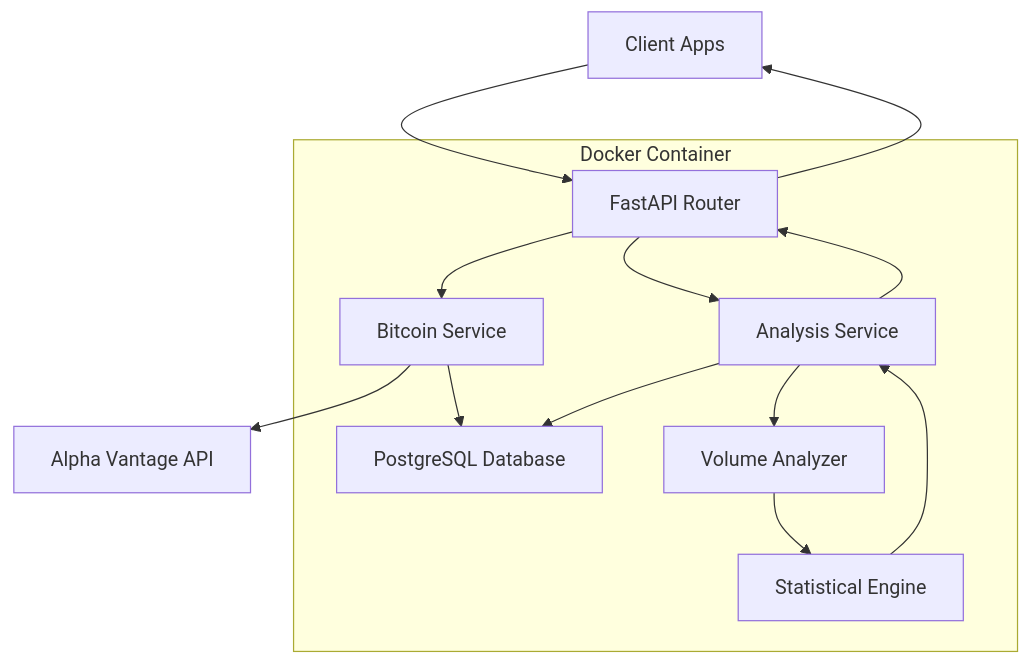
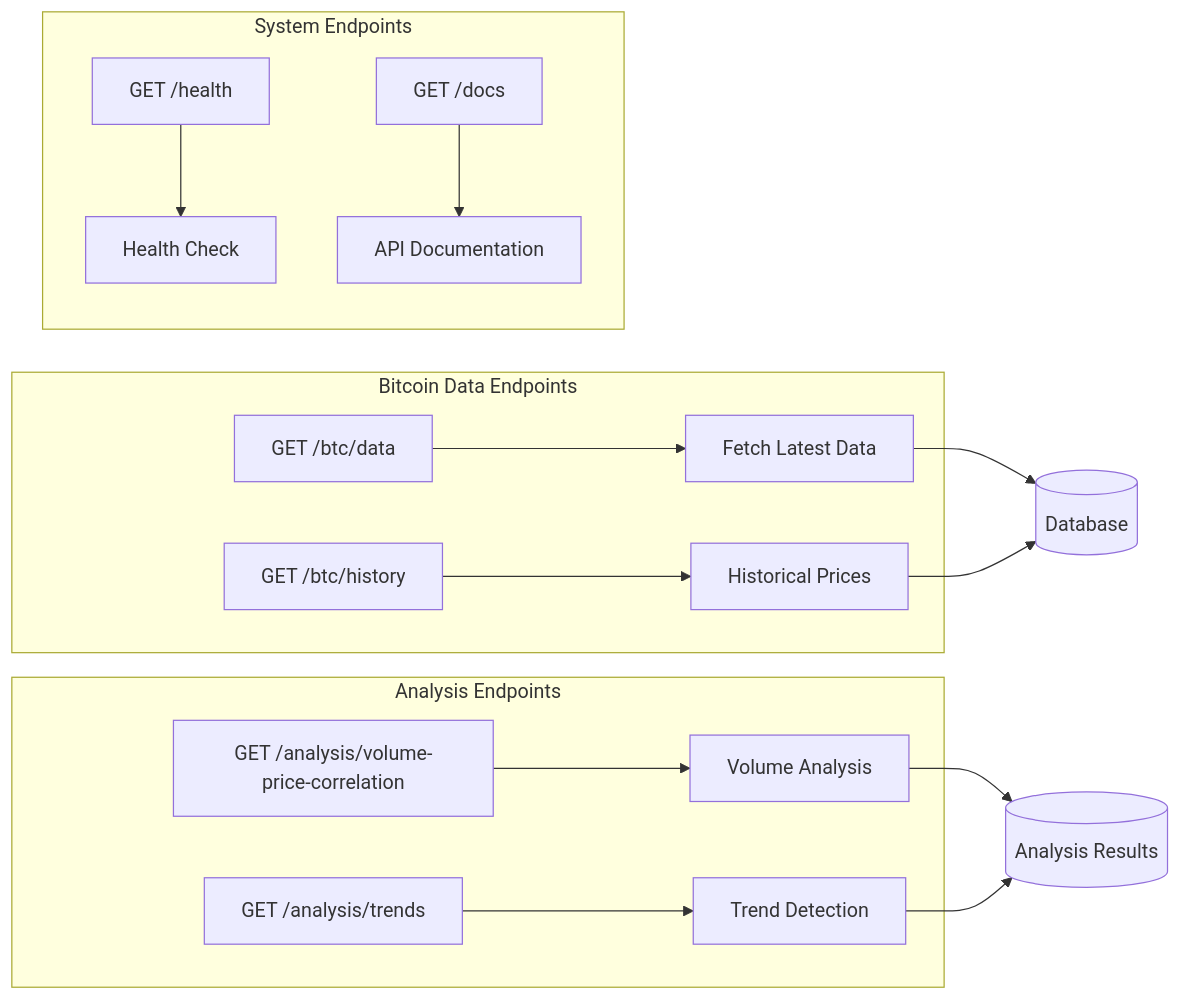
One commit to utkuyucel/quant-api changed the fifth of 5 diagrams in README.md. Above: the diagram before and after it, drawn with Mermaid. The commit also changed other lines of this file, not shown here.

````diff
--- a/README.md
+++ b/README.md
@@ -14,23 +209,22 @@
 ```mermaid
-graph TD
-    A[Client Apps] --> B[FastAPI Router]
-    B --> C[Bitcoin Service]
-    B --> D[Analysis Service]
-    C --> E[Alpha Vantage API]
-    C --> F[PostgreSQL Database]
-    D --> F
-    D --> G[Volume Analyzer]
-    G --> H[Statistical Engine]
-    H --> D
-    D --> B
-    B --> A
+graph LR
+    subgraph "Bitcoin Data Endpoints"
+        A[GET /btc/data] --> A1[Fetch Latest Data]
+        B[GET /btc/history] --> B1[Historical Prices]
+    end
     
-    subgraph Docker [Docker Container]
-        B
-        C
-        D
-        G
-        H
-        F
+    subgraph "Analysis Endpoints"
+        C[GET /analysis/volume-price-correlation] --> C1[Volume Analysis]
+        D[GET /analysis/trends] --> D1[Trend Detection]
     end
+    
+    subgraph "System Endpoints"
+        E[GET /health] --> E1[Health Check]
+        F[GET /docs] --> F1[API Documentation]
+    end
+    
+    A1 --> DataStorage[(Database)]
+    B1 --> DataStorage
+    C1 --> AnalysisResults[(Analysis Results)]
+    D1 --> AnalysisResults
 ```
````
